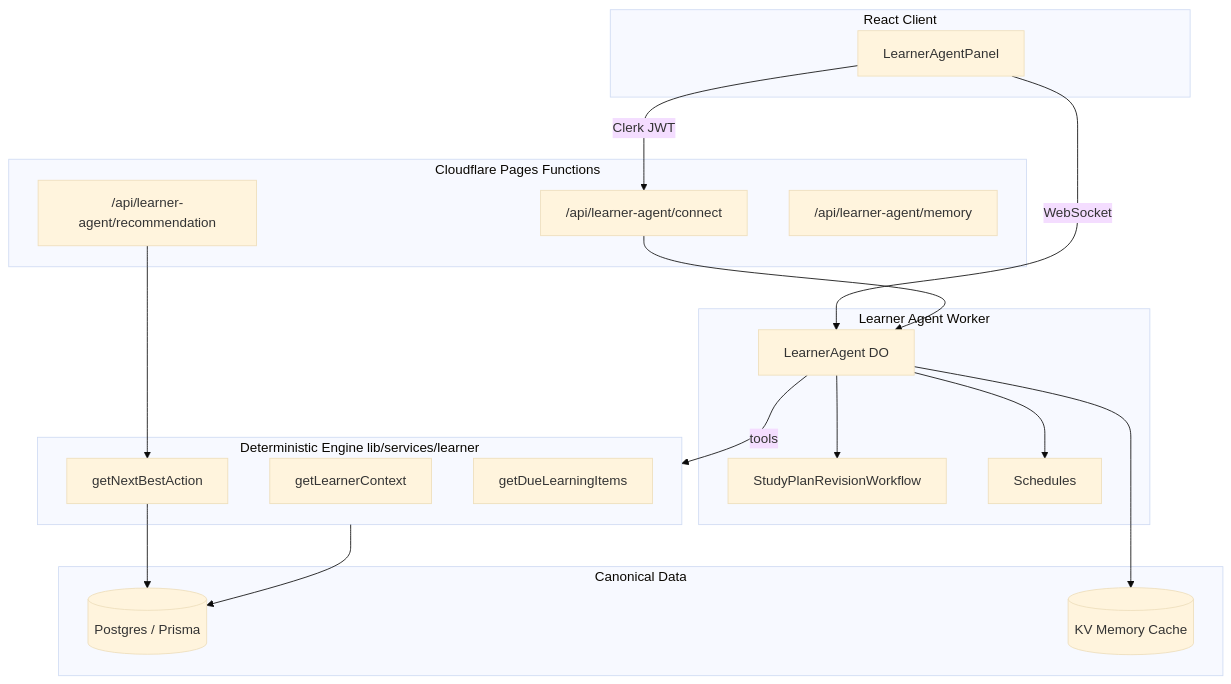
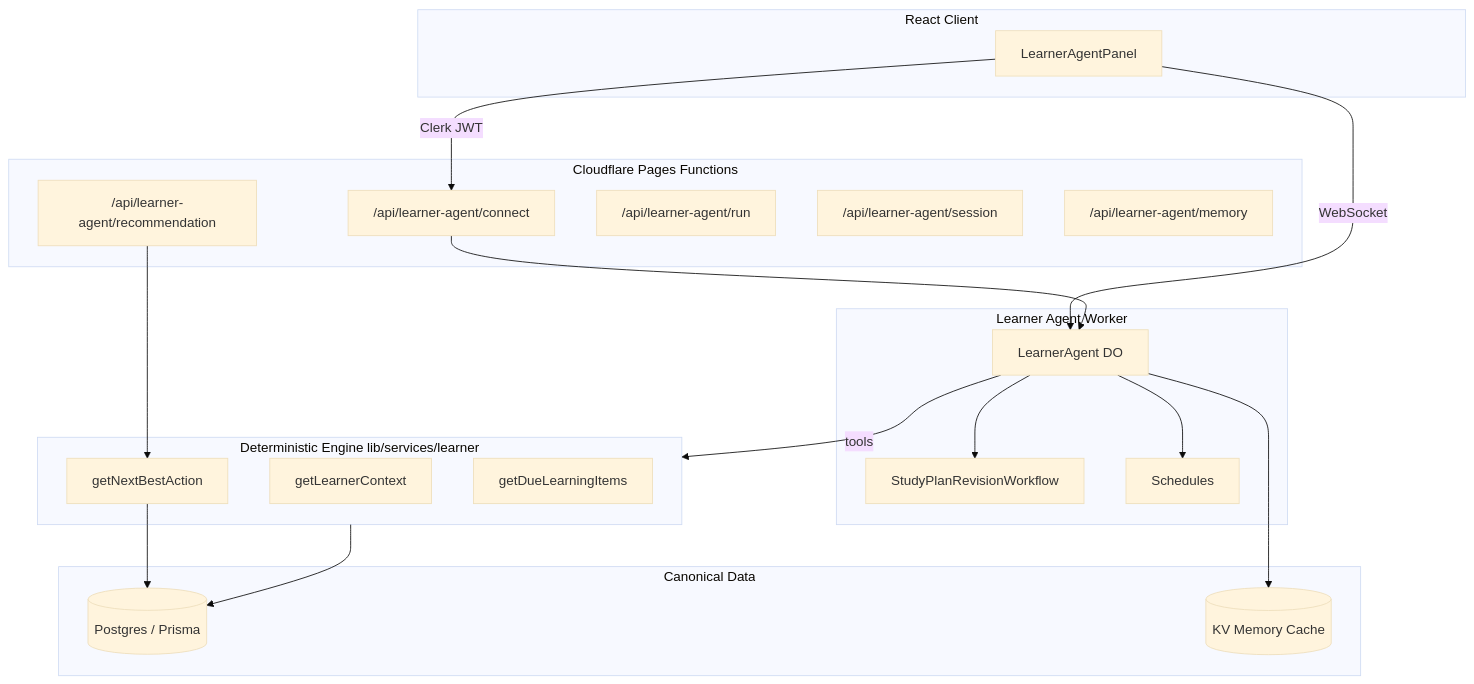
One commit to aaronjullger-lgtm/PANaCEa changed the diagram in docs/superpowers/specs/2026-07-15-panacea-learner-agent-design.md. Above: the diagram before and after it, drawn with Mermaid (base theme). The commit also changed other lines of this file and 10 other files, not shown here.

First line of the commit message:
docs: add Learner Agent API contracts and cross-references

````diff
--- a/docs/superpowers/specs/2026-07-15-panacea-learner-agent-design.md
+++ b/docs/superpowers/specs/2026-07-15-panacea-learner-agent-design.md
@@ -31,40 +31,42 @@
 ```mermaid
 flowchart TB
   subgraph client [React Client]
     LAP[LearnerAgentPanel]
   end
 
   subgraph pages [Cloudflare Pages Functions]
     CONNECT["/api/learner-agent/connect"]
     REC["/api/learner-agent/recommendation"]
+    RUN["/api/learner-agent/run"]
+    SESS["/api/learner-agent/session"]
     MEM["/api/learner-agent/memory"]
   end
 
   subgraph worker [Learner Agent Worker]
     DO[LearnerAgent DO]
     WF[StudyPlanRevisionWorkflow]
     SCH[Schedules]
   end
 
   subgraph engine [Deterministic Engine lib/services/learner]
     CTX[getLearnerContext]
     NBA[getNextBestAction]
     DUE[getDueLearningItems]
   end
 
   subgraph data [Canonical Data]
     PG[(Postgres / Prisma)]
     KV[(KV Memory Cache)]
   end
 
   LAP -->|Clerk JWT| CONNECT
   LAP -->|WebSocket| DO
   CONNECT --> DO
   DO -->|tools| engine
   engine --> PG
   DO --> WF
   DO --> SCH
   DO --> KV
   REC --> NBA
   NBA --> PG
 ```
````
